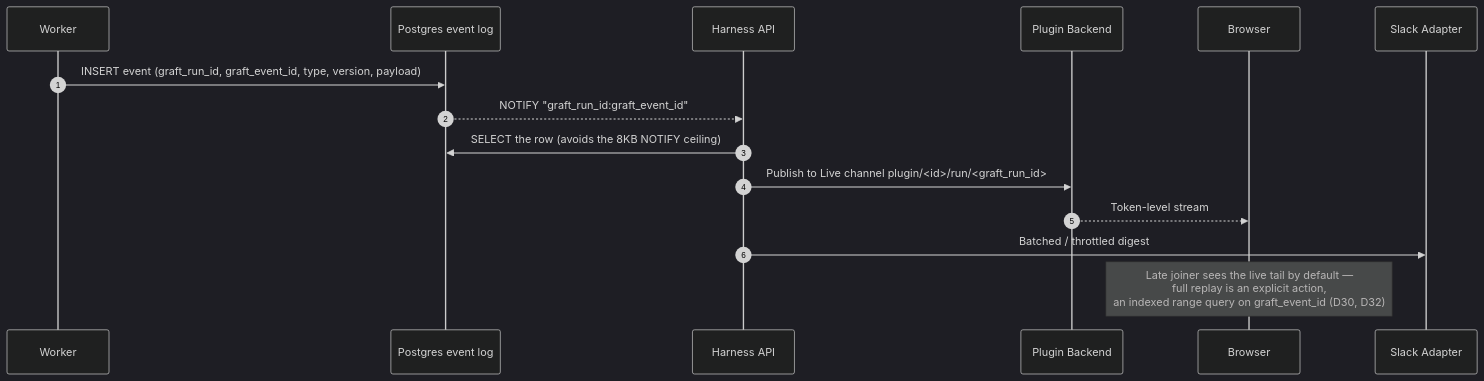
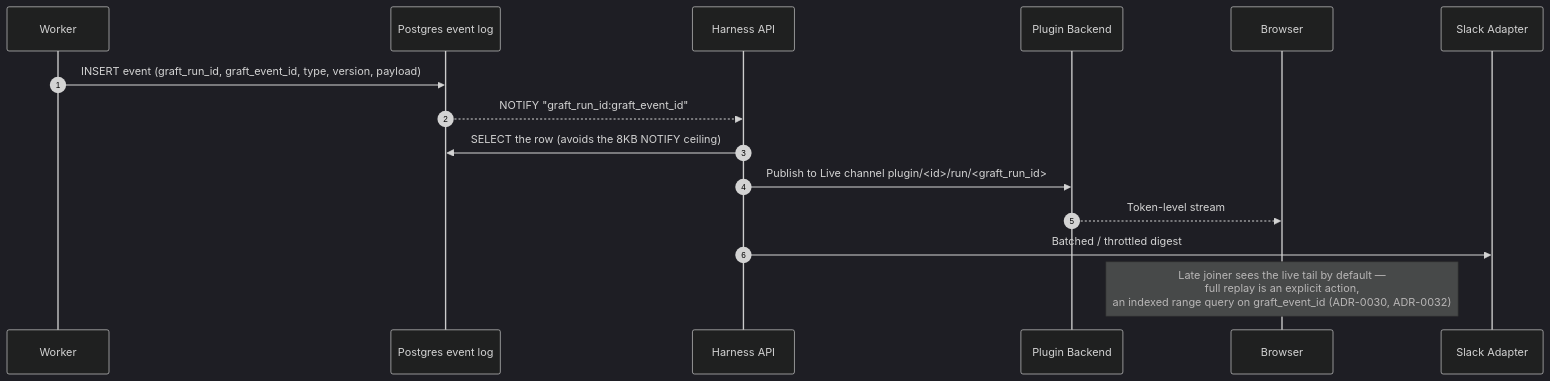
Before and after one commit to vikshana/graft-agent-harness: the fourth of 8 diagrams in docs/diagrams/c4-l2-containers.md, drawn with Mermaid (dark theme). The commit also changed other lines of this file and 120 other files, not shown here.

````diff
--- a/docs/diagrams/c4-l2-containers.md
+++ b/docs/diagrams/c4-l2-containers.md
@@ -377,18 +377,18 @@
 ```mermaid
 sequenceDiagram
     autonumber
     participant W as Worker
     participant PG as Postgres event log
     participant API as Harness API
     participant PBE as Plugin Backend
     participant B as Browser
     participant SL as Slack Adapter
 
     W->>PG: INSERT event (graft_run_id, graft_event_id, type, version, payload)
     PG-->>API: NOTIFY "graft_run_id:graft_event_id"
     API->>PG: SELECT the row (avoids the 8KB NOTIFY ceiling)
     API->>PBE: Publish to Live channel plugin/<id>/run/<graft_run_id>
     PBE-->>B: Token-level stream
     API->>SL: Batched / throttled digest
-    Note over B: Late joiner sees the live tail by default —<br/>full replay is an explicit action,<br/>an indexed range query on graft_event_id (D30, D32)
+    Note over B: Late joiner sees the live tail by default —<br/>full replay is an explicit action,<br/>an indexed range query on graft_event_id (ADR-0030, ADR-0032)
 ```
````
